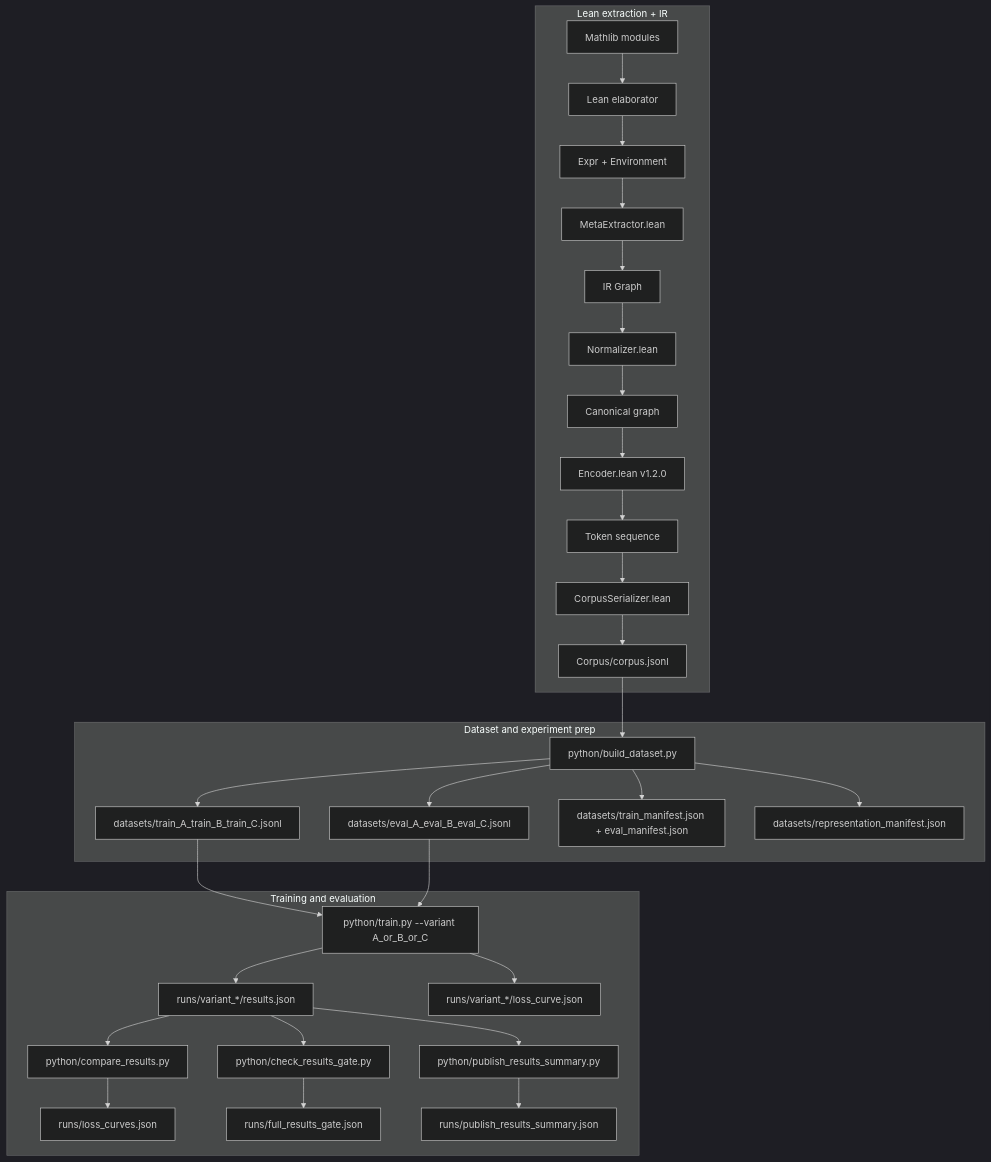
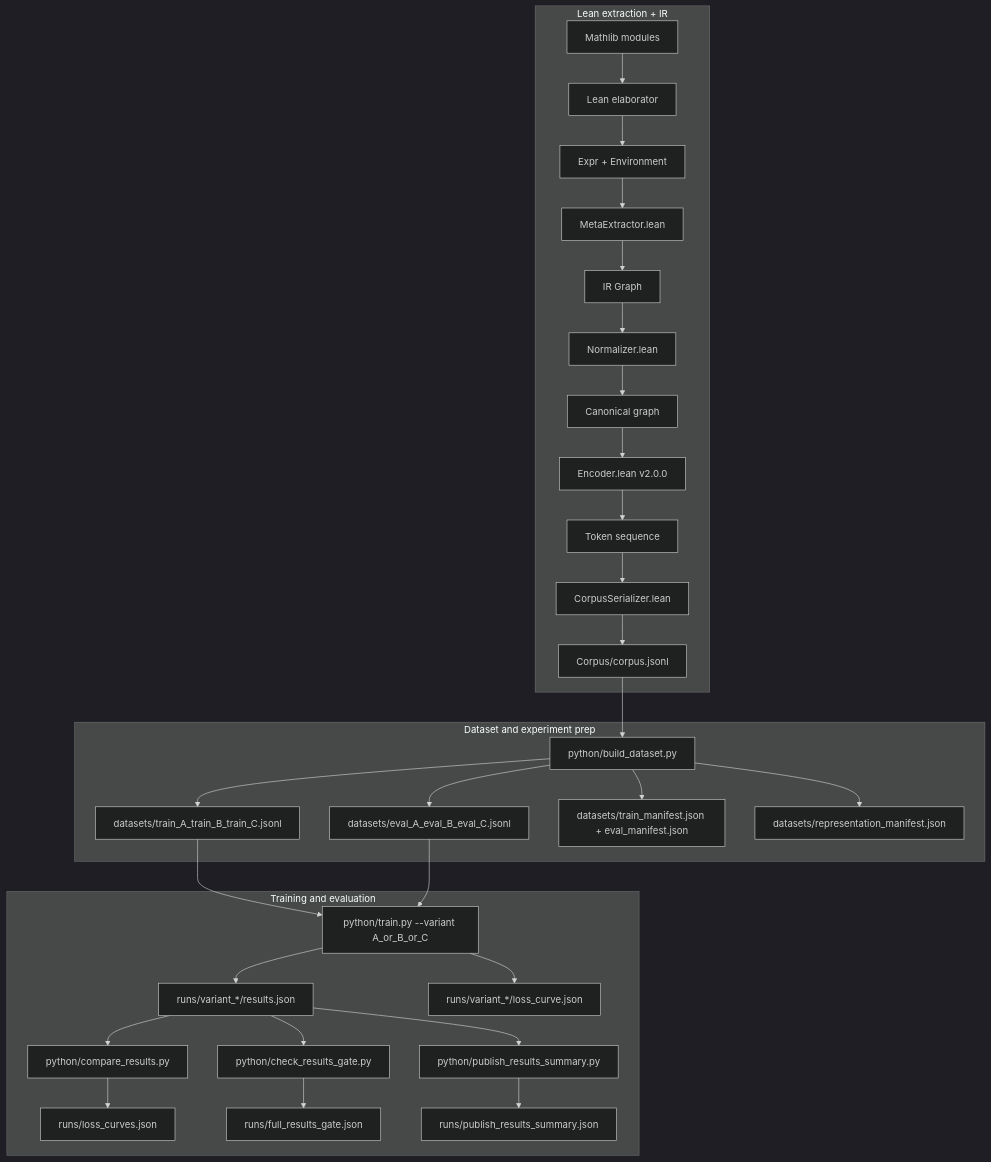
The diagram in docs/reference/Design.md (allenpd728/Maith), drawn with Mermaid (dark theme) before and after one commit. The commit also changed other lines of this file and 6 other files, not shown here.

First line of the commit message:
docs: apply 7 language-audit edits — v2 narrative, C1 fix, v3->candidate, Fix-N->CN mapping, graph framing, Design.md update

````diff
--- a/docs/reference/Design.md
+++ b/docs/reference/Design.md
@@ -51,37 +51,37 @@
 ```mermaid
 flowchart TD
   subgraph LeanExtraction[Lean extraction + IR]
     A1[Mathlib modules] --> A2[Lean elaborator]
     A2 --> A3[Expr + Environment]
     A3 --> A4[MetaExtractor.lean]
     A4 --> A5[IR Graph]
     A5 --> A6[Normalizer.lean]
     A6 --> A7[Canonical graph]
-    A7 --> A8[Encoder.lean v1.2.0]
+    A7 --> A8[Encoder.lean v2.0.0]
     A8 --> A9[Token sequence]
     A9 --> A10[CorpusSerializer.lean]
     A10 --> A11[Corpus/corpus.jsonl]
   end
 
   subgraph PythonData[Dataset and experiment prep]
     B1[python/build_dataset.py] --> B2[datasets/train_A_train_B_train_C.jsonl]
     B1 --> B3[datasets/eval_A_eval_B_eval_C.jsonl]
     B1 --> B4[datasets/train_manifest.json + eval_manifest.json]
     B1 --> B5[datasets/representation_manifest.json]
   end
 
   subgraph TrainingEval[Training and evaluation]
     C1[python/train.py --variant A_or_B_or_C] --> C2[runs/variant_*/results.json]
     C1 --> C3[runs/variant_*/loss_curve.json]
     C4[python/compare_results.py] --> C5[runs/loss_curves.json]
     C6[python/check_results_gate.py] --> C7[runs/full_results_gate.json]
     C8[python/publish_results_summary.py] --> C9[runs/publish_results_summary.json]
   end
 
   A11 --> B1
   B2 --> C1
   B3 --> C1
   C2 --> C4
   C2 --> C6
   C2 --> C8
 ```
````
